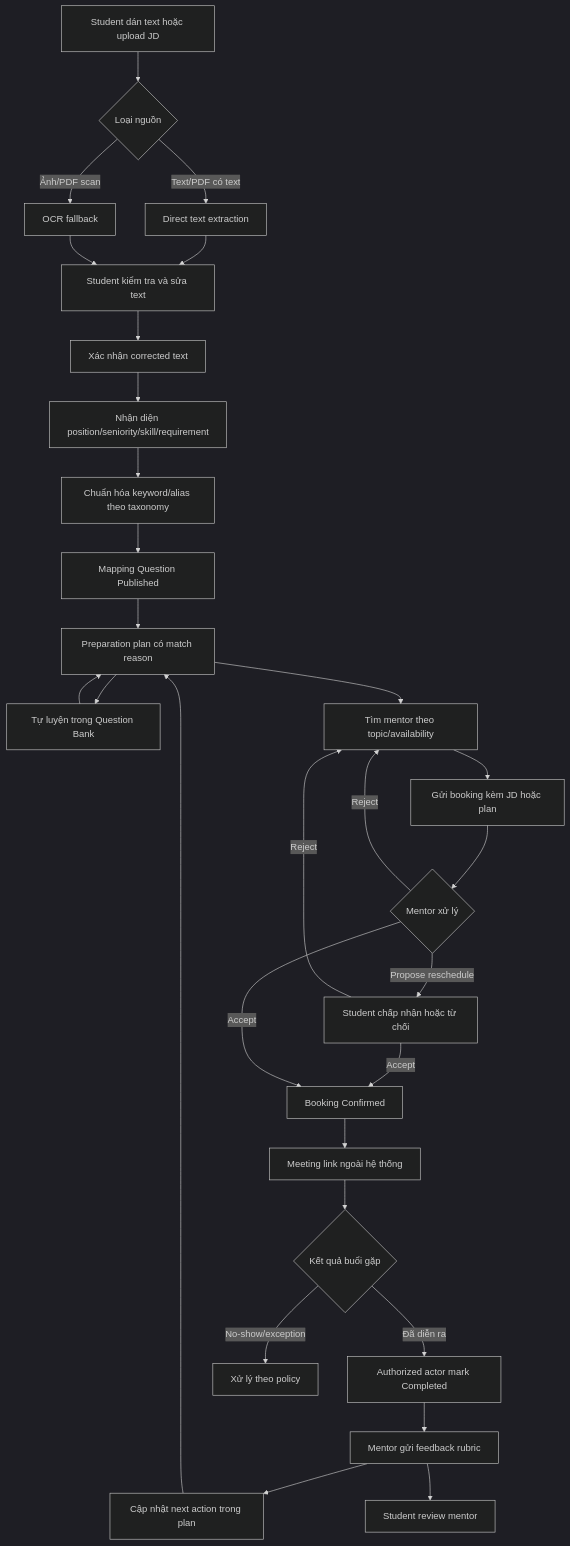
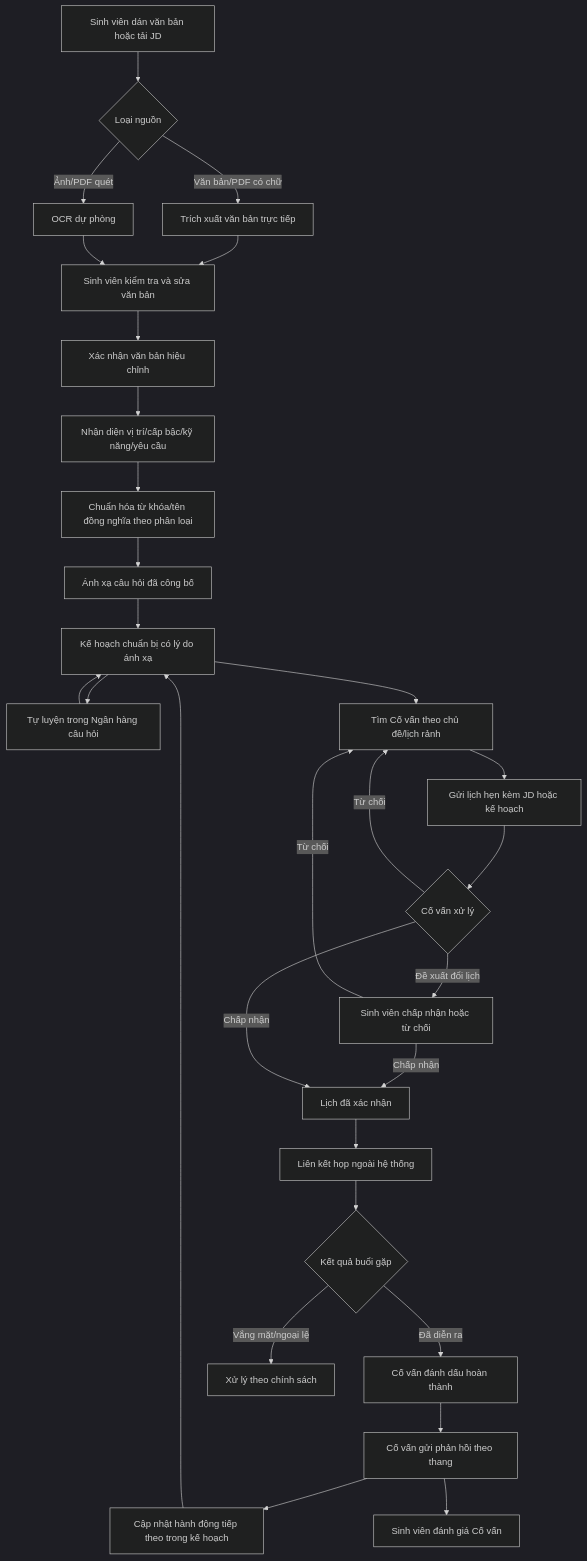
Before and after one commit to tnnhuaa/InterviewQuestionBank: the first of 2 diagrams in docs/Project_Vision_and_Scope/Future_State_Workflow.md, drawn with Mermaid (dark theme). The commit also changed other lines of this file and 134 other files, not shown here.

````diff
--- a/docs/Project_Vision_and_Scope/Future_State_Workflow.md
+++ b/docs/Project_Vision_and_Scope/Future_State_Workflow.md
@@ -13,31 +15,31 @@
 ```mermaid
 flowchart TD
-    A["Student dán text hoặc upload JD"] --> B{"Loại nguồn"}
-    B -- "Text/PDF có text" --> C["Direct text extraction"]
-    B -- "Ảnh/PDF scan" --> D["OCR fallback"]
-    C --> E["Student kiểm tra và sửa text"]
+    A["Sinh viên dán văn bản hoặc tải JD"] --> B{"Loại nguồn"}
+    B -- "Văn bản/PDF có chữ" --> C["Trích xuất văn bản trực tiếp"]
+    B -- "Ảnh/PDF quét" --> D["OCR dự phòng"]
+    C --> E["Sinh viên kiểm tra và sửa văn bản"]
     D --> E
-    E --> F["Xác nhận corrected text"]
-    F --> G["Nhận diện position/seniority/skill/requirement"]
-    G --> H["Chuẩn hóa keyword/alias theo taxonomy"]
-    H --> I["Mapping Question Published"]
-    I --> J["Preparation plan có match reason"]
-    J --> K["Tự luyện trong Question Bank"]
-    J --> L["Tìm mentor theo topic/availability"]
+    E --> F["Xác nhận văn bản hiệu chỉnh"]
+    F --> G["Nhận diện vị trí/cấp bậc/kỹ năng/yêu cầu"]
+    G --> H["Chuẩn hóa từ khóa/tên đồng nghĩa theo phân loại"]
+    H --> I["Ánh xạ câu hỏi đã công bố"]
+    I --> J["Kế hoạch chuẩn bị có lý do ánh xạ"]
+    J --> K["Tự luyện trong Ngân hàng câu hỏi"]
+    J --> L["Tìm Cố vấn theo chủ đề/lịch rảnh"]
     K --> J
-    L --> M["Gửi booking kèm JD hoặc plan"]
-    M --> N{"Mentor xử lý"}
-    N -- "Reject" --> L
-    N -- "Propose reschedule" --> O["Student chấp nhận hoặc từ chối"]
-    O -- "Accept" --> P["Booking Confirmed"]
-    O -- "Reject" --> L
-    N -- "Accept" --> P
-    P --> Q["Meeting link ngoài hệ thống"]
+    L --> M["Gửi lịch hẹn kèm JD hoặc kế hoạch"]
+    M --> N{"Cố vấn xử lý"}
+    N -- "Từ chối" --> L
+    N -- "Đề xuất đổi lịch" --> O["Sinh viên chấp nhận hoặc từ chối"]
+    O -- "Chấp nhận" --> P["Lịch đã xác nhận"]
+    O -- "Từ chối" --> L
+    N -- "Chấp nhận" --> P
+    P --> Q["Liên kết họp ngoài hệ thống"]
     Q --> R{"Kết quả buổi gặp"}
-    R -- "Đã diễn ra" --> S["Authorized actor mark Completed"]
-    R -- "No-show/exception" --> X["Xử lý theo policy"]
-    S --> T["Mentor gửi feedback rubric"]
-    T --> U["Cập nhật next action trong plan"]
+    R -- "Đã diễn ra" --> S["Cố vấn đánh dấu hoàn thành"]
+    R -- "Vắng mặt/ngoại lệ" --> X["Xử lý theo chính sách"]
+    S --> T["Cố vấn gửi phản hồi theo thang"]
+    T --> U["Cập nhật hành động tiếp theo trong kế hoạch"]
     U --> J
-    T --> V["Student review mentor"]
+    T --> V["Sinh viên đánh giá Cố vấn"]
 ```
````
